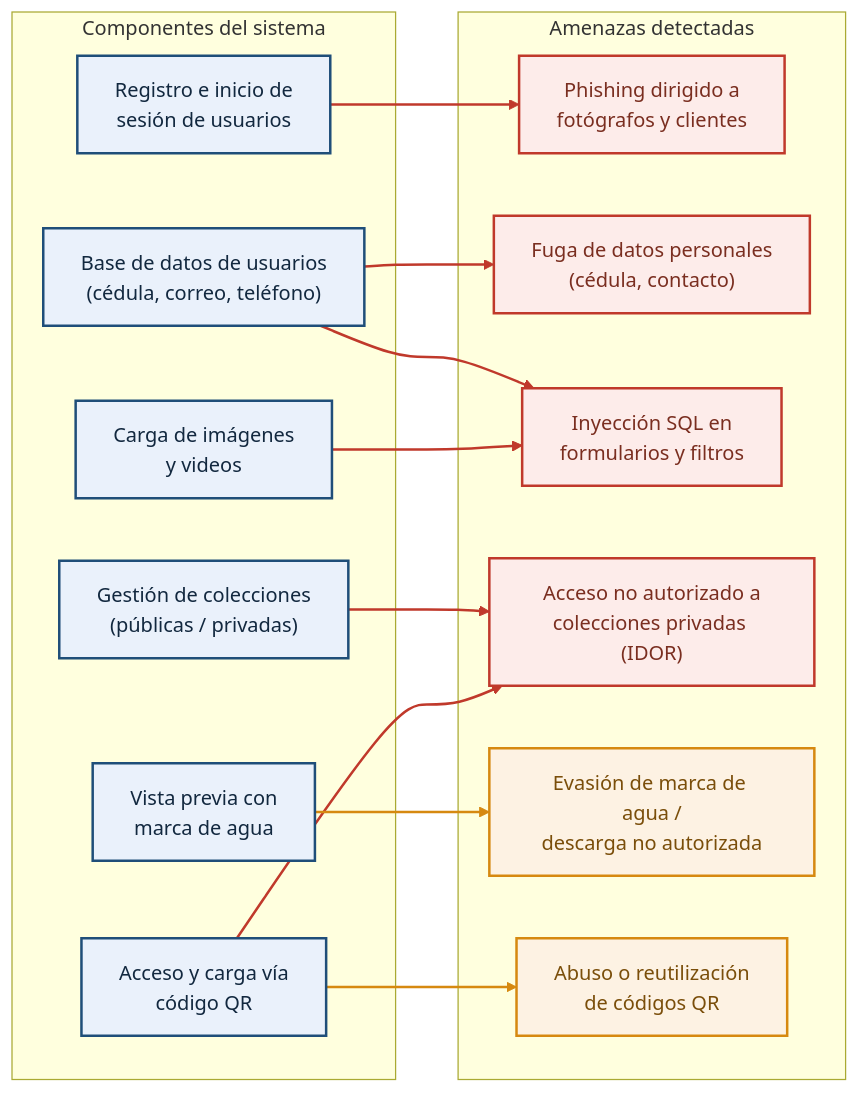
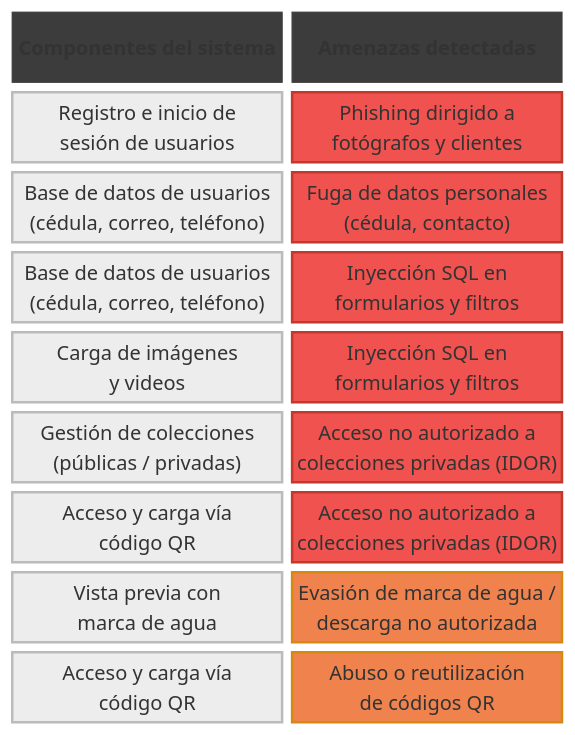
Before and after one commit to NicolasNegretto7/Cipher_Forge: the first of 2 diagrams in Gestion-fotografias/docs/04-seguridad.md, drawn with Mermaid.

Commit message:
docs: add security requirements and threat analysis documentation

````diff
--- a/Gestion-fotografias/docs/04-seguridad.md
+++ b/Gestion-fotografias/docs/04-seguridad.md
@@ -62,46 +62,42 @@
 ```mermaid
-flowchart LR
-    subgraph COMP["Componentes del sistema"]
-        C1["Registro e inicio de<br/>sesión de usuarios"]
-        C2["Base de datos de usuarios<br/>(cédula, correo, teléfono)"]
-        C3["Gestión de colecciones<br/>(públicas / privadas)"]
-        C4["Carga de imágenes<br/>y videos"]
-        C5["Vista previa con<br/>marca de agua"]
-        C6["Acceso y carga vía<br/>código QR"]
-    end
- 
-    subgraph AMEN["Amenazas detectadas"]
-        A1["Phishing dirigido a<br/>fotógrafos y clientes"]
-        A2["Fuga de datos personales<br/>(cédula, contacto)"]
-        A3["Inyección SQL en<br/>formularios y filtros"]
-        A4["Acceso no autorizado a<br/>colecciones privadas (IDOR)"]
-        A5["Evasión de marca de agua /<br/>descarga no autorizada"]
-        A6["Abuso o reutilización<br/>de códigos QR"]
-    end
- 
-    C1 --> A1
-    C2 --> A2
-    C2 --> A3
-    C4 --> A3
-    C3 --> A4
-    C6 --> A4
-    C5 --> A5
-    C6 --> A6
- 
-    classDef comp fill:#eaf1fb,stroke:#1f4e79,stroke-width:2px,color:#12283f;
-    classDef alto fill:#fdecea,stroke:#c0392b,stroke-width:2px,color:#7a2e20;
-    classDef medio fill:#fdf2e3,stroke:#d68910,stroke-width:2px,color:#7a4e0a;
- 
-    class C1,C2,C3,C4,C5,C6 comp;
-    class A1,A2,A3,A4 alto;
-    class A5,A6 medio;
- 
-    linkStyle 0 stroke:#c0392b,stroke-width:2px;
-    linkStyle 1 stroke:#c0392b,stroke-width:2px;
-    linkStyle 2 stroke:#c0392b,stroke-width:2px;
-    linkStyle 3 stroke:#c0392b,stroke-width:2px;
-    linkStyle 4 stroke:#c0392b,stroke-width:2px;
-    linkStyle 5 stroke:#c0392b,stroke-width:2px;
-    linkStyle 6 stroke:#d68910,stroke-width:2px;
-    linkStyle 7 stroke:#d68910,stroke-width:2px;
+block-beta
+columns 2
+
+  hcomp["Componentes del sistema"]
+  hamen["Amenazas detectadas"]
+
+  c1["Registro e inicio de<br/>sesión de usuarios"]
+  a1["Phishing dirigido a<br/>fotógrafos y clientes"]
+
+  c2["Base de datos de usuarios<br/>(cédula, correo, teléfono)"]
+  a2["Fuga de datos personales<br/>(cédula, contacto)"]
+
+  c2b["Base de datos de usuarios<br/>(cédula, correo, teléfono)"]
+  a3["Inyección SQL en<br/>formularios y filtros"]
+
+  c4["Carga de imágenes<br/>y videos"]
+  a3b["Inyección SQL en<br/>formularios y filtros"]
+
+  c3["Gestión de colecciones<br/>(públicas / privadas)"]
+  a4["Acceso no autorizado a<br/>colecciones privadas (IDOR)"]
+
+  c6["Acceso y carga vía<br/>código QR"]
+  a4b["Acceso no autorizado a<br/>colecciones privadas (IDOR)"]
+
+  c5["Vista previa con<br/>marca de agua"]
+  a5["Evasión de marca de agua /<br/>descarga no autorizada"]
+
+  c6b["Acceso y carga vía<br/>código QR"]
+  a6["Abuso o reutilización<br/>de códigos QR"]
+
+  classDef header fill:#3c3c3c,stroke:#3c3c3c,color:#ffffff,font-weight:bold;
+  classDef comp fill:#EDEDED,stroke:#BBBBBB,stroke-width:2px,color:#333333;
+  classDef alto fill:#F0524F,stroke:#c0392b,stroke-width:2px,color:#ffffff;
+  classDef medio fill:#F0834D,stroke:#d68910,stroke-width:2px,color:#ffffff;
+
+  class hcomp,hamen header
+  class c1,c2,c2b,c4,c3,c6,c5,c6b comp
+  class a1,a2,a3,a3b,a4,a4b alto
+  class a5,a6 medio
+
 ```
````
